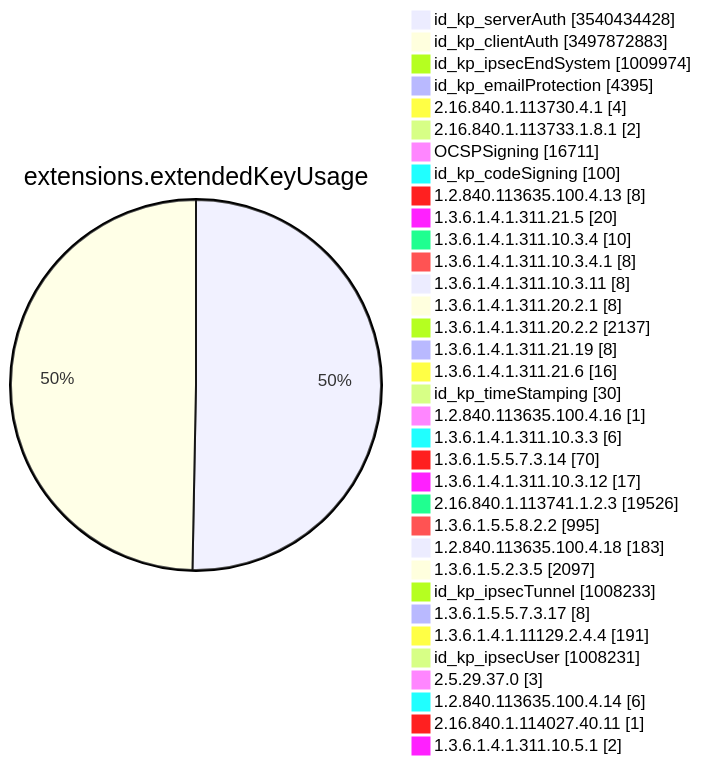
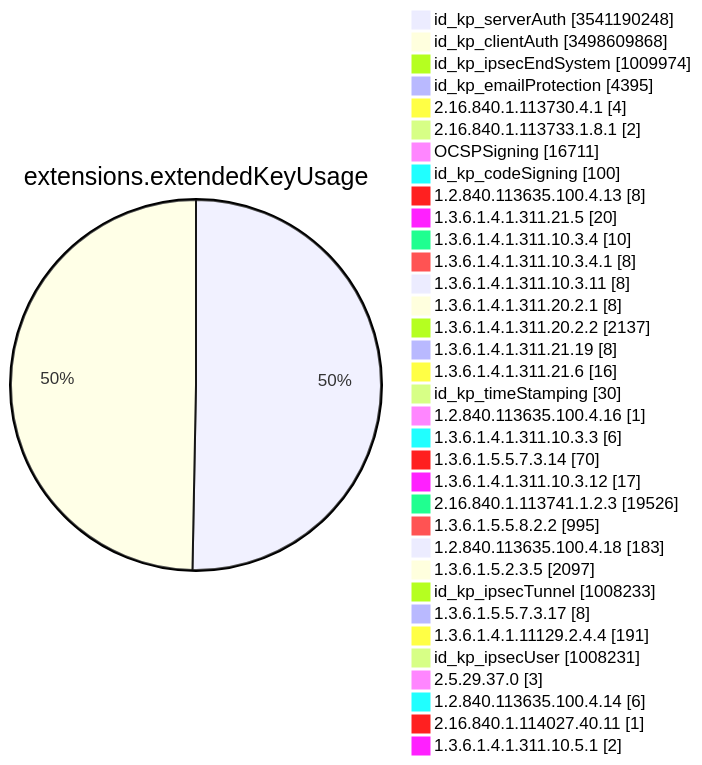
Before and after one commit to christiankrug/ctmonitor_visualization: diagram 11 of 15 in TOTAL/README.md, drawn with Mermaid. The commit also changed other lines of this file, not shown here.

````diff
--- a/TOTAL/README.md
+++ b/TOTAL/README.md
@@ -4127,38 +4127,38 @@
 ```mermaid
 pie showData
 title extensions.extendedKeyUsage
-"id_kp_serverAuth" :3540434428
-"id_kp_clientAuth" :3497872883
+"id_kp_serverAuth" :3541190248
+"id_kp_clientAuth" :3498609868
 "id_kp_ipsecEndSystem" :1009974
 "id_kp_emailProtection" :4395
 "2.16.840.1.113730.4.1" :4
 "2.16.840.1.113733.1.8.1" :2
 "OCSPSigning" :16711
 "id_kp_codeSigning" :100
 "1.2.840.113635.100.4.13" :8
 "1.3.6.1.4.1.311.21.5" :20
 "1.3.6.1.4.1.311.10.3.4" :10
 "1.3.6.1.4.1.311.10.3.4.1" :8
 "1.3.6.1.4.1.311.10.3.11" :8
 "1.3.6.1.4.1.311.20.2.1" :8
 "1.3.6.1.4.1.311.20.2.2" :2137
 "1.3.6.1.4.1.311.21.19" :8
 "1.3.6.1.4.1.311.21.6" :16
 "id_kp_timeStamping" :30
 "1.2.840.113635.100.4.16" :1
 "1.3.6.1.4.1.311.10.3.3" :6
 "1.3.6.1.5.5.7.3.14" :70
 "1.3.6.1.4.1.311.10.3.12" :17
 "2.16.840.1.113741.1.2.3" :19526
 "1.3.6.1.5.5.8.2.2" :995
 "1.2.840.113635.100.4.18" :183
 "1.3.6.1.5.2.3.5" :2097
 "id_kp_ipsecTunnel" :1008233
 "1.3.6.1.5.5.7.3.17" :8
 "1.3.6.1.4.1.11129.2.4.4" :191
 "id_kp_ipsecUser" :1008231
 "2.5.29.37.0" :3
 "1.2.840.113635.100.4.14" :6
 "2.16.840.1.114027.40.11" :1
 "1.3.6.1.4.1.311.10.5.1" :2
 ```
````
